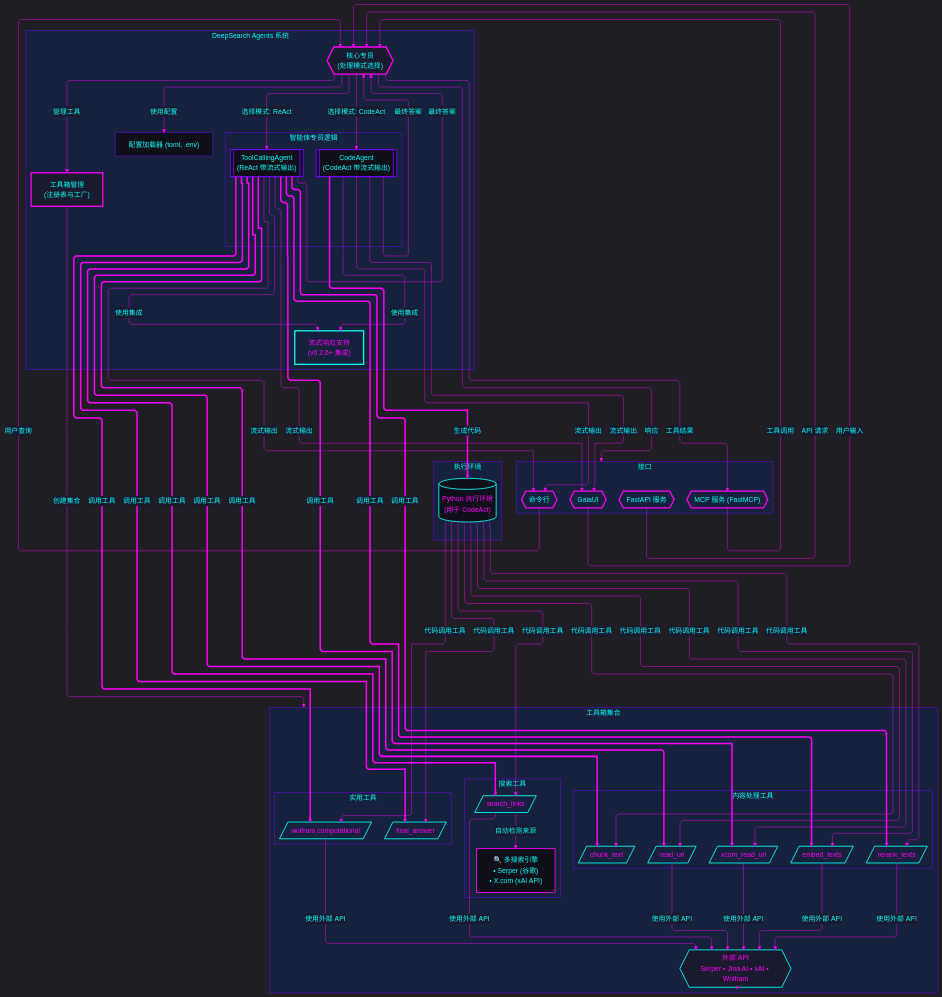
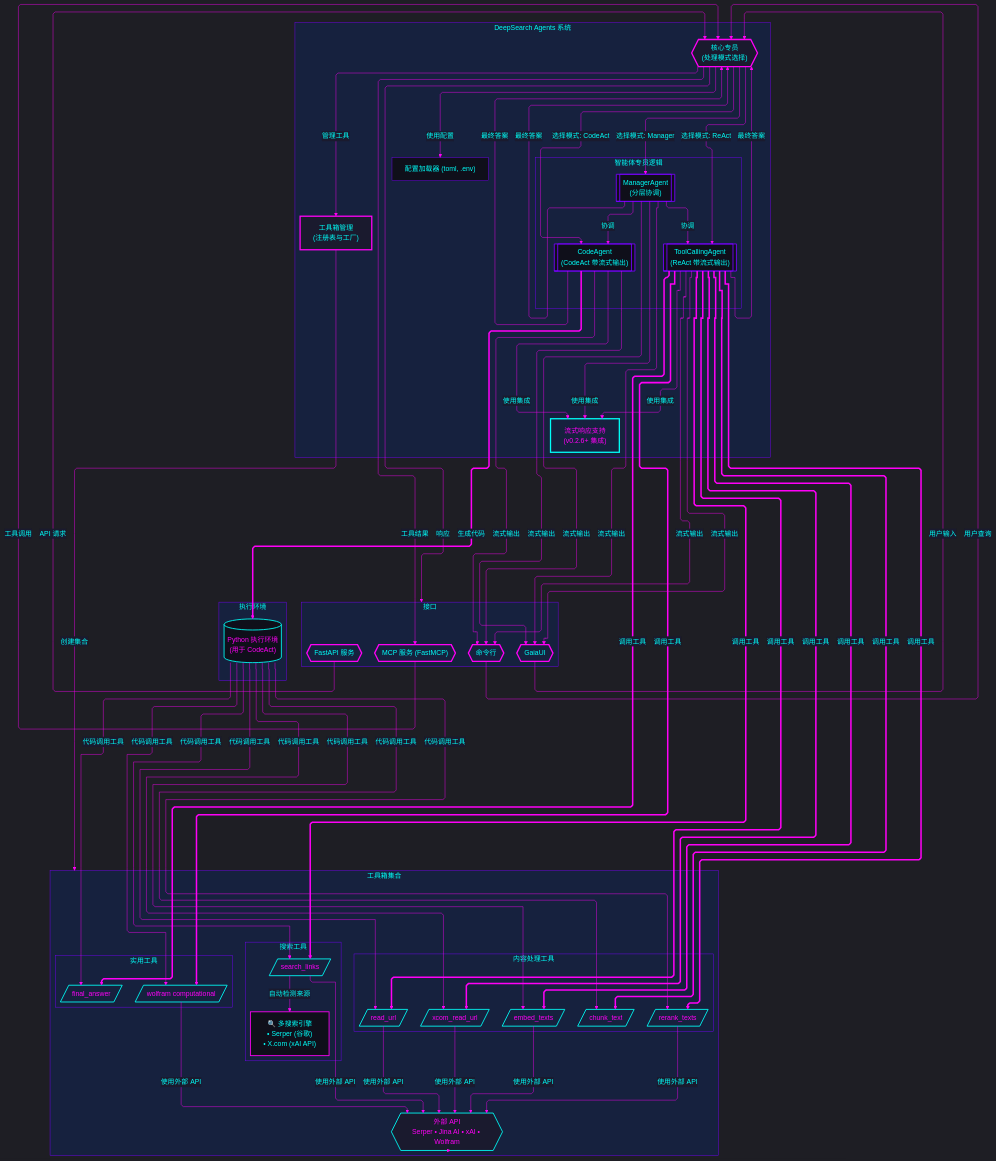
One commit to lwyBZss8924d/DeepSearchAgents changed the diagram in README_Zh.md. Above: the diagram before and after it, drawn with Mermaid. The commit also changed other lines of this file and 37 other files, not shown here.

```diff
--- a/README_Zh.md
+++ b/README_Zh.md
@@ -325,6 +342,8 @@
 (ReAct 带流式输出)"]]
             代码专员[["CodeAgent
 (CodeAct 带流式输出)"]]
+            管理专员[["ManagerAgent
+(分层协调)"]]
         end
     end
     subgraph 工具箱集合["工具箱集合"]
@@ -360,10 +379,14 @@
     MCPServer -- "工具调用" --> 核心专员
     核心专员 -- "选择模式: ReAct" --> 工具专员
     核心专员 -- "选择模式: CodeAct" --> 代码专员
+    核心专员 -- "选择模式: Manager" --> 管理专员
     核心专员 -- "使用配置" --> 配置加载
     核心专员 -- "管理工具" --> 工具箱管理
     工具专员 -- "使用集成" --> 流式支持
     代码专员 -- "使用集成" --> 流式支持
+    管理专员 -- "使用集成" --> 流式支持
+    管理专员 -- "协调" --> 工具专员
+    管理专员 -- "协调" --> 代码专员
 
     工具箱管理 -- "创建集合" --> 工具箱集合
     搜索链接 -- "自动检测来源" --> 搜索引擎
@@ -397,10 +420,13 @@
 
     工具专员 -- "最终答案" --> 核心专员
     代码专员 -- "最终答案" --> 核心专员
+    管理专员 -- "最终答案" --> 核心专员
     工具专员 -- "流式输出" --> CLI
     代码专员 -- "流式输出" --> CLI
+    管理专员 -- "流式输出" --> CLI
     工具专员 -- "流式输出" --> GaiaUI
     代码专员 -- "流式输出" --> GaiaUI
+    管理专员 -- "流式输出" --> GaiaUI
     核心专员 -- "响应" --> 接口
     核心专员 -- "工具结果" --> MCPServer
 
@@ -423,6 +449,7 @@
     核心专员:::manager
     工具专员:::agent
     代码专员:::agent
+    管理专员:::agent
     流式支持:::streaming
     工具箱管理:::manager
     搜索链接:::tool
```
